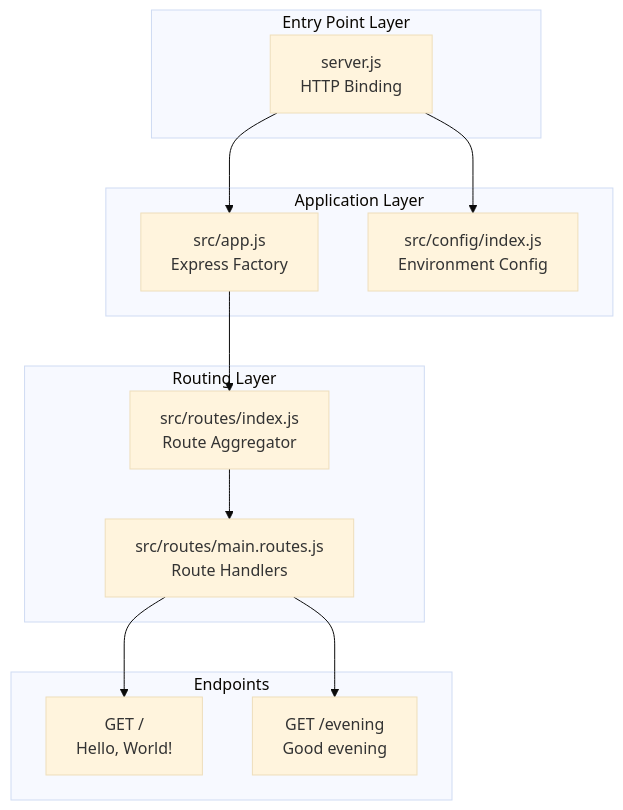
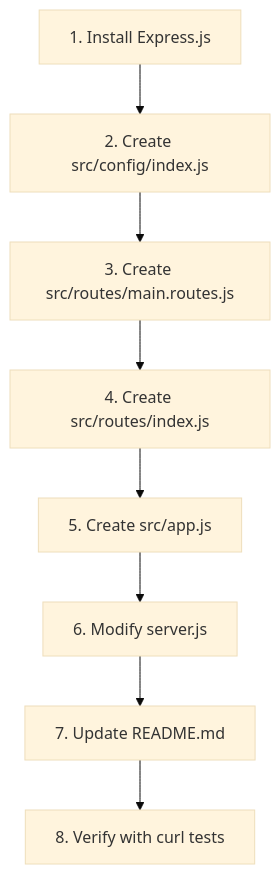
The second of 3 diagrams in blitzy/documentation/Technical Specifications.md (sudhanshu-spec/test-spec), drawn with Mermaid (base theme) before and after one commit. The commit also changed other lines of this file, not shown here.

````diff
--- a/blitzy/documentation/Technical Specifications.md
+++ b/blitzy/documentation/Technical Specifications.md
@@ -246,28 +449,10 @@
 ```mermaid
-flowchart TD
-    subgraph EntryPoint["Entry Point Layer"]
-        SERVER["server.js<br/>HTTP Binding"]
-    end
-    
-    subgraph Application["Application Layer"]
-        APP["src/app.js<br/>Express Factory"]
-        CONFIG["src/config/index.js<br/>Environment Config"]
-    end
-    
-    subgraph Routing["Routing Layer"]
-        ROUTES_INDEX["src/routes/index.js<br/>Route Aggregator"]
-        MAIN_ROUTES["src/routes/main.routes.js<br/>Route Handlers"]
-    end
-    
-    subgraph Endpoints["Endpoints"]
-        ROOT["GET /<br/>Hello, World!"]
-        EVENING["GET /evening<br/>Good evening"]
-    end
-    
-    SERVER --> APP
-    SERVER --> CONFIG
-    APP --> ROUTES_INDEX
-    ROUTES_INDEX --> MAIN_ROUTES
-    MAIN_ROUTES --> ROOT
-    MAIN_ROUTES --> EVENING
+graph TD
+    A[1. Install Express.js] --> B[2. Create src/config/index.js]
+    B --> C[3. Create src/routes/main.routes.js]
+    C --> D[4. Create src/routes/index.js]
+    D --> E[5. Create src/app.js]
+    E --> F[6. Modify server.js]
+    F --> G[7. Update README.md]
+    G --> H[8. Verify with curl tests]
 ```
````
